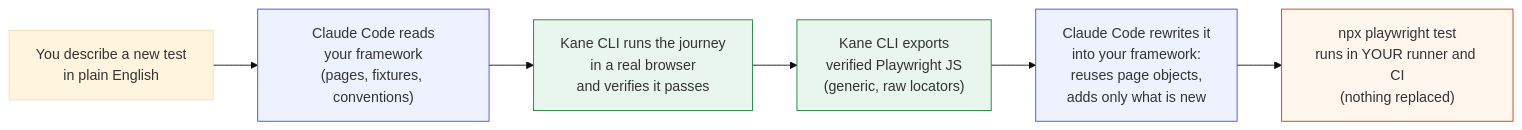
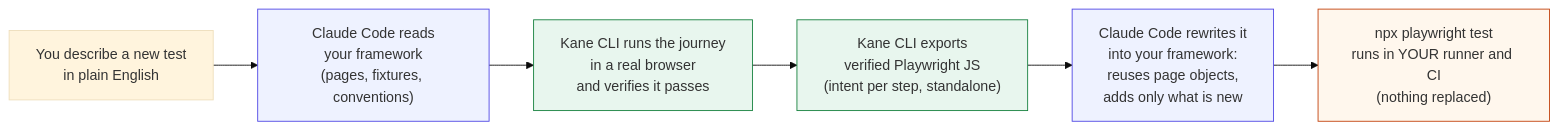
Before and after one commit to anubhavsinghmaar/autodesk-demo: the first of 3 diagrams in README.md, drawn with Mermaid (base theme). The commit also changed other lines of this file and 1 other file, not shown here.

Commit message:
README/script: real Kane CLI export excerpt (intent per step, auto-heal bindings)

````diff
--- a/README.md
+++ b/README.md
@@ -12,14 +12,14 @@
 ```mermaid
 flowchart LR
     A["You describe a new test<br/>in plain English"] --> B["Claude Code reads<br/>your framework<br/>(pages, fixtures, conventions)"]
     B --> C["Kane CLI runs the journey<br/>in a real browser<br/>and verifies it passes"]
-    C --> D["Kane CLI exports<br/>verified Playwright JS<br/>(generic, raw locators)"]
+    C --> D["Kane CLI exports<br/>verified Playwright JS<br/>(intent per step, standalone)"]
     D --> E["Claude Code rewrites it<br/>into your framework:<br/>reuses page objects,<br/>adds only what is new"]
     E --> F["npx playwright test<br/>runs in YOUR runner and CI<br/>(nothing replaced)"]
 
     style C fill:#E8F6EE,stroke:#15803D
     style D fill:#E8F6EE,stroke:#15803D
     style B fill:#EEF2FF,stroke:#4F46E5
     style E fill:#EEF2FF,stroke:#4F46E5
     style F fill:#FFF7ED,stroke:#C2410C
 ```
````
